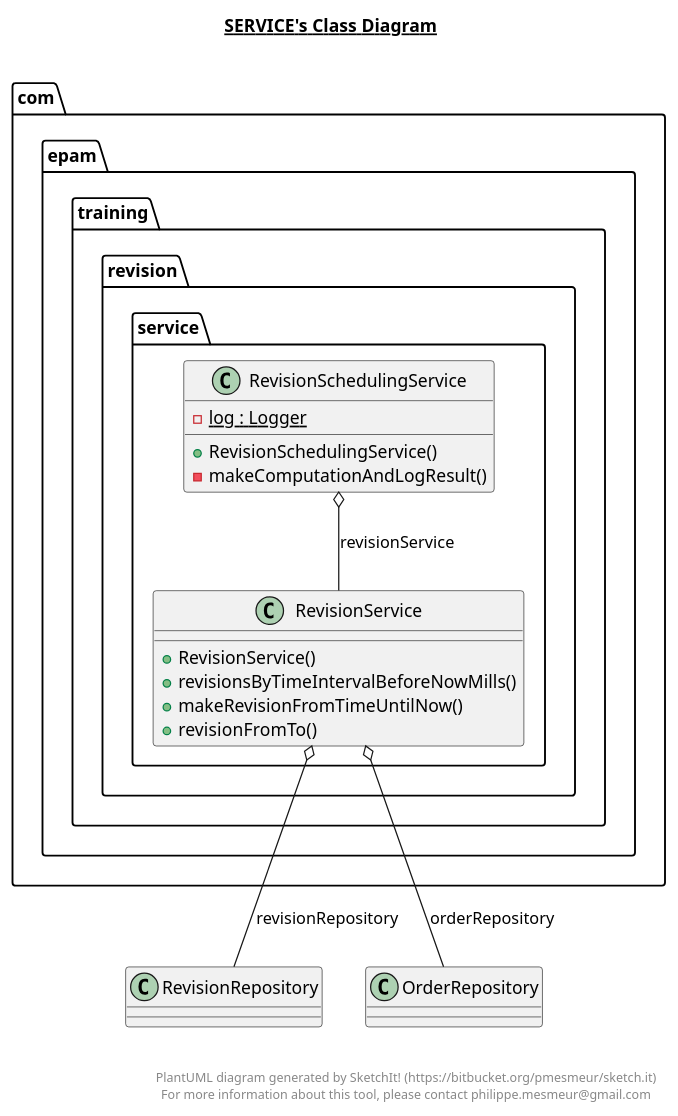
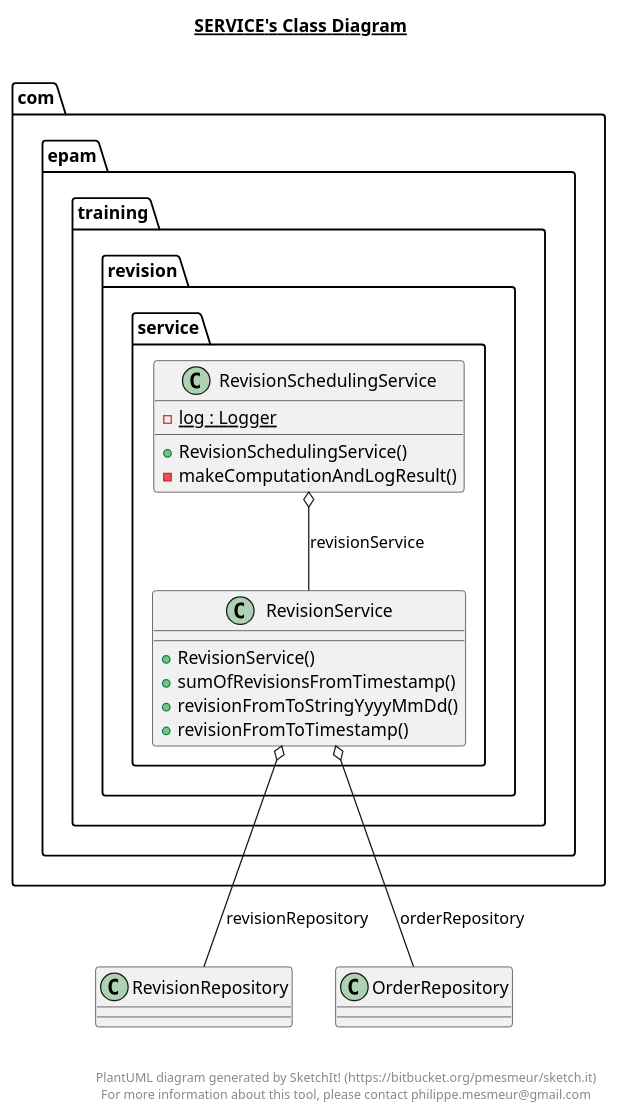
The diagram in src/main/java/com/epam/training/revision/service/service.plantuml (nik-nenkov/tutoring-rest-api-with-java), drawn with PlantUML before and after one commit. The commit also changed 13 other files, not shown here.

```diff
--- a/src/main/java/com/epam/training/revision/service/service.plantuml
+++ b/src/main/java/com/epam/training/revision/service/service.plantuml
@@ -1,40 +1,40 @@
 @startuml
 
 title __SERVICE's Class Diagram__\n
 
   package com.epam.training.revision {
     package com.epam.training.revision.service {
       class RevisionSchedulingService {
           {static} - log : Logger
           + RevisionSchedulingService()
           - makeComputationAndLogResult()
       }
     }
   }
   
 
   package com.epam.training.revision {
     package com.epam.training.revision.service {
       class RevisionService {
           + RevisionService()
-          + revisionsByTimeIntervalBeforeNowMills()
-          + makeRevisionFromTimeUntilNow()
-          + revisionFromTo()
+          + sumOfRevisionsFromTimestamp()
+          + revisionFromToStringYyyyMmDd()
+          + revisionFromToTimestamp()
       }
     }
   }
   
 
   RevisionSchedulingService o-- RevisionService : revisionService
   RevisionService o-- RevisionRepository : revisionRepository
   RevisionService o-- OrderRepository : orderRepository
 
 
 right footer
 
 
 PlantUML diagram generated by SketchIt! (https://bitbucket.org/pmesmeur/sketch.it)
 For more information about this tool, please contact philippe.mesmeur@gmail.com
 endfooter
 
 @enduml
```
